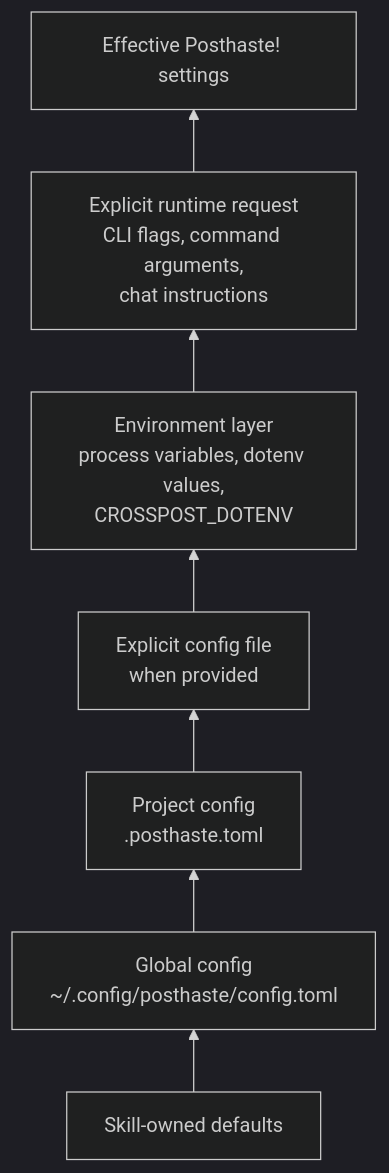
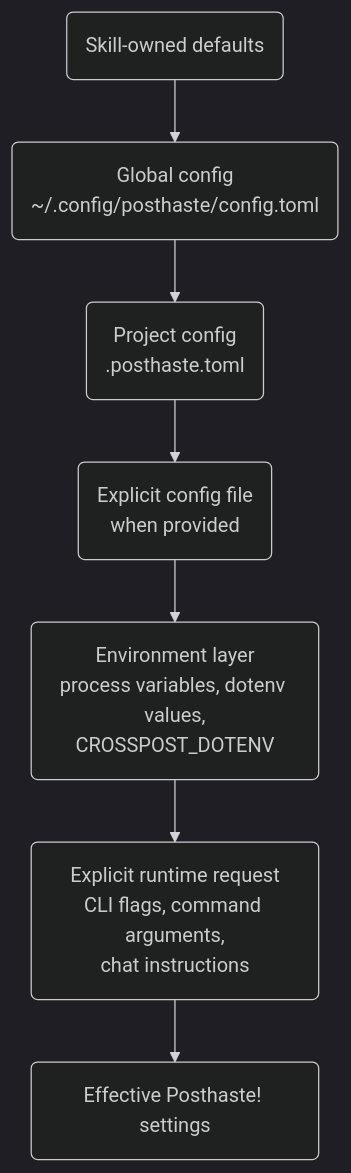
One commit to davidsneighbour/posthaste changed the diagram in README.md. Above: the diagram before and after it, drawn with Mermaid (dark theme). The commit also changed other lines of this file, not shown here.

First line of the commit message:
docs: orient config diagram vertically

````diff
--- a/README.md
+++ b/README.md
@@ -50,12 +53,12 @@
 ```mermaid
-flowchart BT
-  defaults["Skill-owned defaults"]
-  global["Global config<br/>~/.config/posthaste/config.toml"]
-  project["Project config<br/>.posthaste.toml"]
-  explicitFile["Explicit config file<br/>when provided"]
-  environment["Environment layer<br/>process variables, dotenv values,<br/>CROSSPOST_DOTENV"]
-  request["Explicit runtime request<br/>CLI flags, command arguments,<br/>chat instructions"]
-  effective["Effective Posthaste! settings"]
+flowchart TD
+  defaults("Skill-owned defaults")
+  global("Global config<br/>~/.config/posthaste/config.toml")
+  project("Project config<br/>.posthaste.toml")
+  explicitFile("Explicit config file<br/>when provided")
+  environment("Environment layer<br/>process variables, dotenv values,<br/>CROSSPOST_DOTENV")
+  request("Explicit runtime request<br/>CLI flags, command arguments,<br/>chat instructions")
+  effective("Effective Posthaste! settings")
 
   defaults --> global --> project --> explicitFile --> environment --> request --> effective
 ```
````
